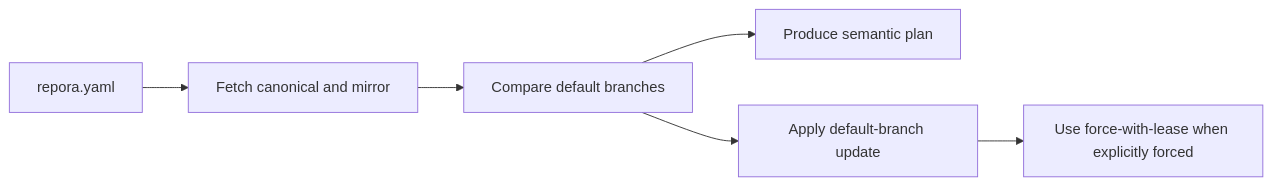
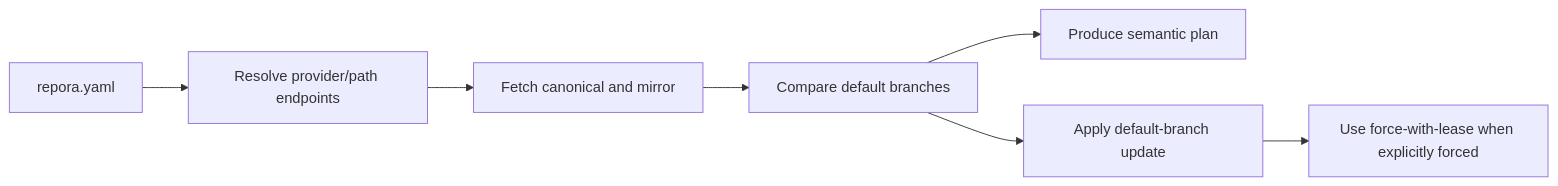
One commit to hackelia-micrantha/repora changed the first of 2 diagrams in README.md. Above: the diagram before and after it, drawn with Mermaid. The commit also changed other lines of this file, not shown here.

Commit message:
docs: document provider path configuration

````diff
--- a/README.md
+++ b/README.md
@@ -65,8 +70,9 @@
 ```mermaid
 flowchart LR
-    Config[repora.yaml] --> Status[Fetch canonical and mirror]
+    Config[repora.yaml] --> Resolver[Resolve provider/path endpoints]
+    Resolver --> Status[Fetch canonical and mirror]
     Status --> Compare[Compare default branches]
     Compare --> Plan[Produce semantic plan]
     Compare --> Apply[Apply default-branch update]
     Apply --> Lease[Use force-with-lease when explicitly forced]
 ```
````
